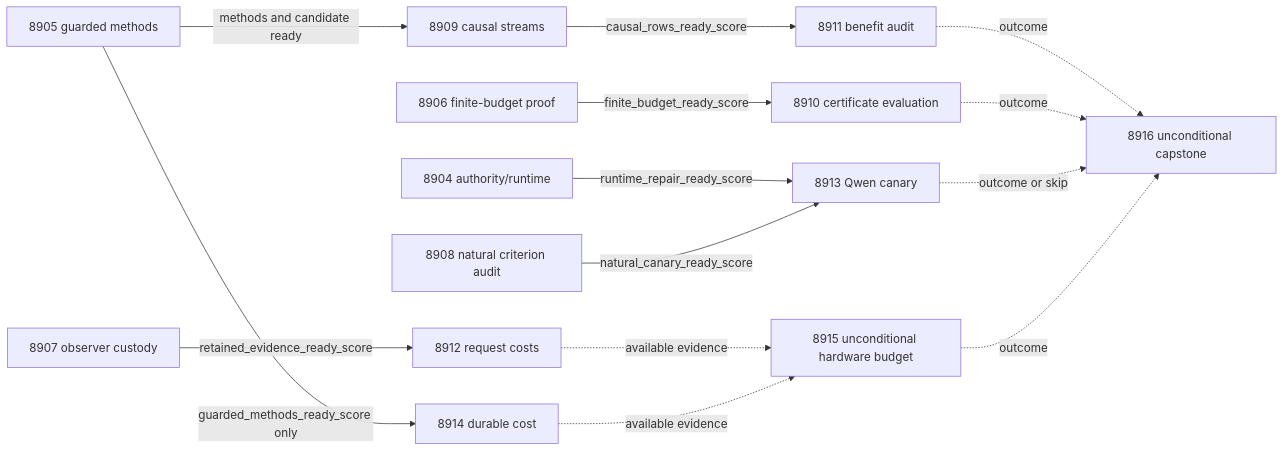
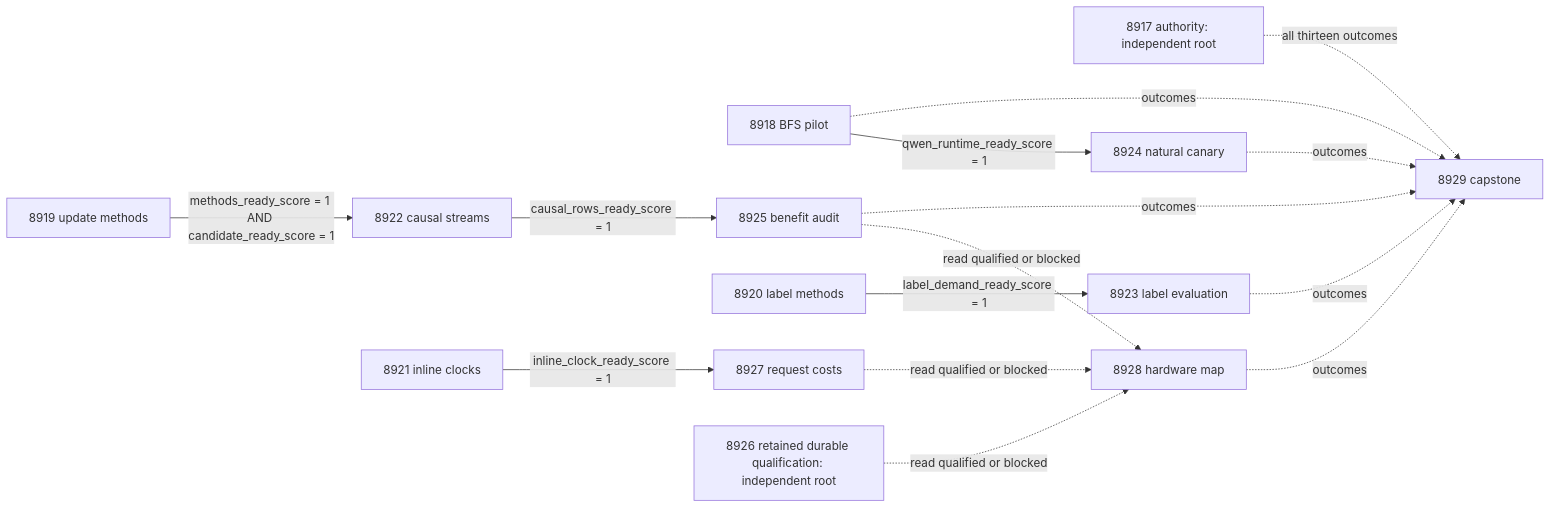
Before and after one commit to Carnot-EBM/carnot-ebm: the second of 2 diagrams in openspec/change-proposals/research-roadmap-vNEXT.md, drawn with Mermaid. The commit also changed other lines of this file and 19 other files, not shown here.

````diff
--- a/openspec/change-proposals/research-roadmap-vNEXT.md
+++ b/openspec/change-proposals/research-roadmap-vNEXT.md
@@ -235,16 +185,19 @@
 ```mermaid
 flowchart LR
-    T8904[8904 authority/runtime] -->|runtime_repair_ready_score| T8913[8913 Qwen canary]
-    T8905[8905 guarded methods] -->|methods and candidate ready| T8909[8909 causal streams]
-    T8909 -->|causal_rows_ready_score| T8911[8911 benefit audit]
-    T8905 -->|guarded_methods_ready_score only| T8914[8914 durable cost]
-    T8906[8906 finite-budget proof] -->|finite_budget_ready_score| T8910[8910 certificate evaluation]
-    T8907[8907 observer custody] -->|retained_evidence_ready_score| T8912[8912 request costs]
-    T8908[8908 natural criterion audit] -->|natural_canary_ready_score| T8913
-    T8912 -. available evidence .-> T8915[8915 unconditional hardware budget]
-    T8914 -. available evidence .-> T8915
-    T8911 -. outcome .-> T8916[8916 unconditional capstone]
-    T8910 -. outcome .-> T8916
-    T8913 -. outcome or skip .-> T8916
-    T8915 -. outcome .-> T8916
+    A[8917 authority: independent root]
+    B[8918 BFS pilot] -->|qwen_runtime_ready_score = 1| H[8924 natural canary]
+    C[8919 update methods] -->|methods_ready_score = 1 AND candidate_ready_score = 1| F[8922 causal streams]
+    F -->|causal_rows_ready_score = 1| I[8925 benefit audit]
+    D[8920 label methods] -->|label_demand_ready_score = 1| G[8923 label evaluation]
+    E[8921 inline clocks] -->|inline_clock_ready_score = 1| K[8927 request costs]
+    J[8926 retained durable qualification: independent root]
+    K -. read qualified or blocked .-> L[8928 hardware map]
+    J -. read qualified or blocked .-> L
+    I -. read qualified or blocked .-> L
+    A -. all thirteen outcomes .-> M[8929 capstone]
+    B -. outcomes .-> M
+    G -. outcomes .-> M
+    H -. outcomes .-> M
+    I -. outcomes .-> M
+    L -. outcomes .-> M
 ```
````
